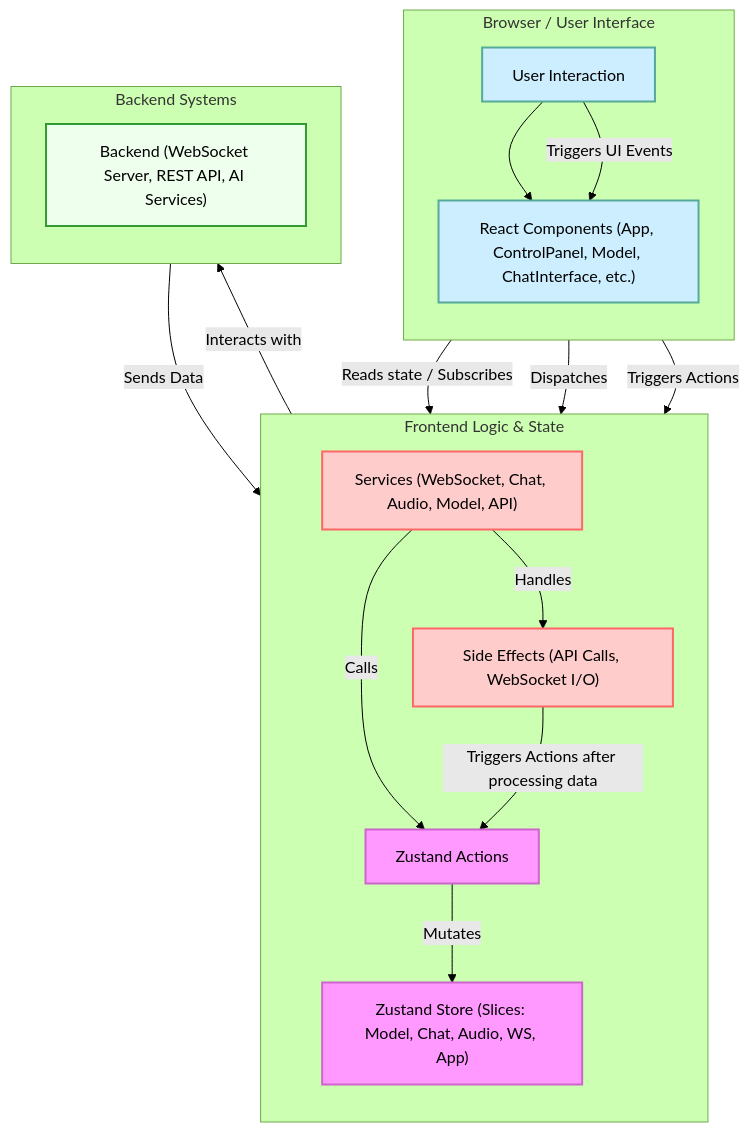
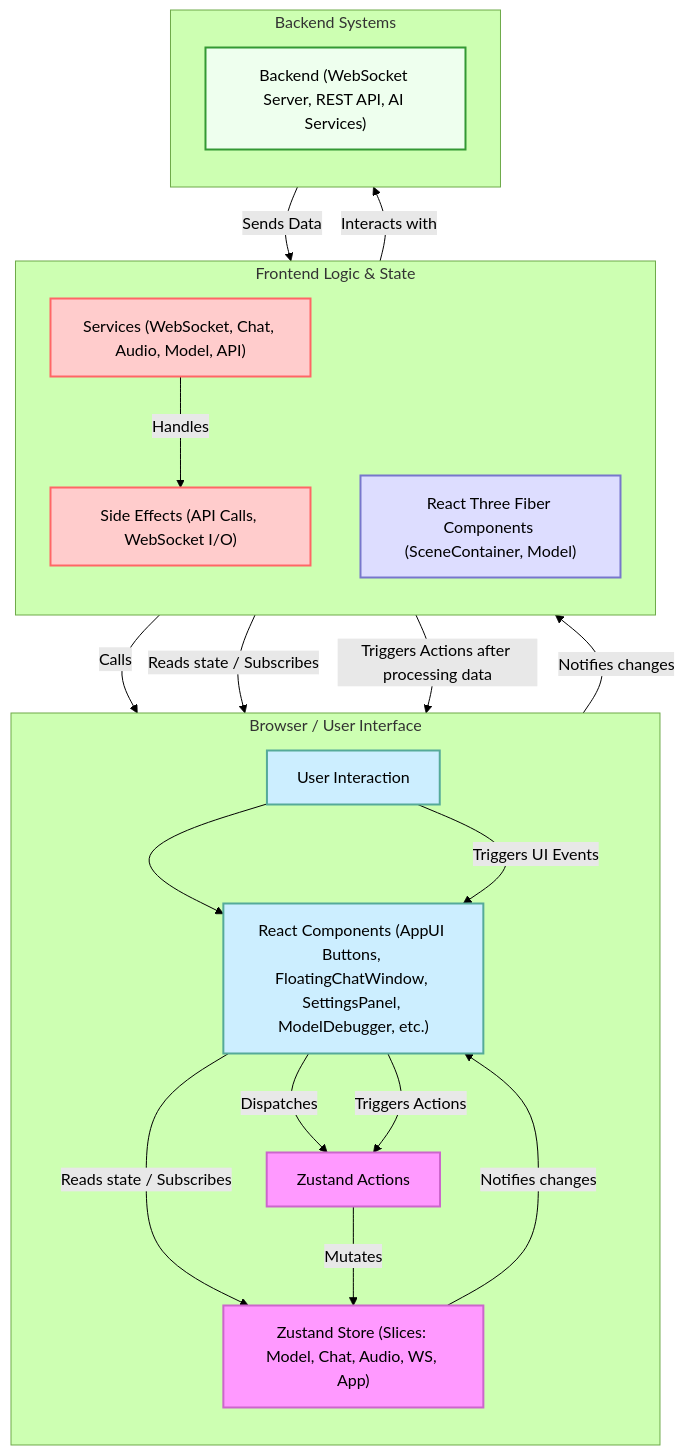
Before and after one commit to eggyy1224/space_live_project: the diagram in docs/前端相關/前端架構概述.md, drawn with Mermaid (forest theme). The commit also changed other lines of this file and 2 other files, not shown here.

````diff
--- a/docs/前端相關/前端架構概述.md
+++ b/docs/前端相關/前端架構概述.md
@@ -94,41 +79,46 @@
 ```mermaid
 graph TD
     subgraph Browser / User Interface
         direction TB
-        User[User Interaction] --> UI["React Components (App, ControlPanel, Model, ChatInterface, etc.)"]
+        User[User Interaction] --> UI_Elements["React Components (AppUI Buttons, FloatingChatWindow, SettingsPanel, ModelDebugger, etc.)"]
+        UI_Elements -- Reads state / Subscribes --> Store["Zustand Store (Slices: Model, Chat, Audio, WS, App)"]
+        UI_Elements -- Dispatches --> Actions[Zustand Actions]
     end
 
     subgraph Frontend Logic & State
         direction TB
-        UI -- Reads state / Subscribes --> Store["Zustand Store (Slices: Model, Chat, Audio, WS, App)"]
-        UI -- Dispatches --> Actions[Zustand Actions]
         Actions -- Mutates --> Store
         Services["Services (WebSocket, Chat, Audio, Model, API)"] -- Calls --> Actions
         Services -- Handles --> SideEffects["Side Effects (API Calls, WebSocket I/O)"]
+        R3F["React Three Fiber Components (SceneContainer, Model)"] -- Reads state / Subscribes --> Store
     end
 
     subgraph Backend Systems
         direction TB
         SideEffects -- Interacts with --> Backend["Backend (WebSocket Server, REST API, AI Services)"]
     end
 
     %% Data Flow Arrows
-    User -- Triggers UI Events --> UI
-    UI -- Triggers Actions --> Actions
+    User -- Triggers UI Events --> UI_Elements
+    UI_Elements -- Triggers Actions --> Actions
     Backend -- Sends Data --> SideEffects
     SideEffects -- Triggers Actions after processing data --> Actions
+    Store -- Notifies changes --> UI_Elements
+    Store -- Notifies changes --> R3F
 
     %% Class Styles
     classDef ui fill:#cef,stroke:#5a9,stroke-width:2px
     classDef state fill:#f9f,stroke:#c6c,stroke-width:2px
     classDef logic fill:#fcc,stroke:#f66,stroke-width:2px
     classDef backend fill:#efe,stroke:#393,stroke-width:2px
+    classDef r3f fill:#ddf,stroke:#77c,stroke-width:2px
 
     class User ui
-    class UI ui
+    class UI_Elements ui
     class Store state
     class Actions state
     class Services logic
     class SideEffects logic
     class Backend backend
+    class R3F r3f
 ```
````
